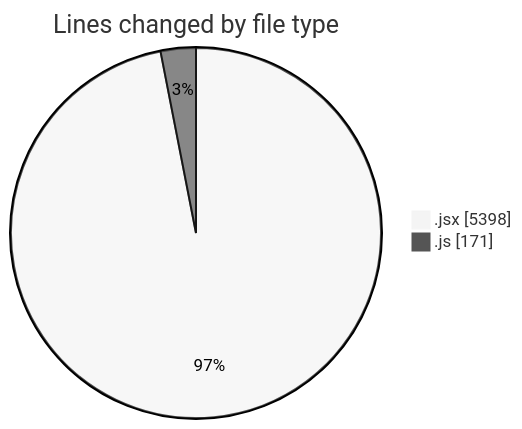
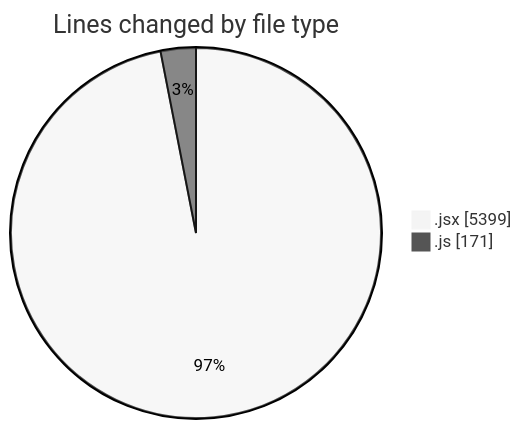
Before and after one commit to nxtqubesakshisongat/code-tracking: the first of 2 diagrams in 2025-07-09/argos/README.md, drawn with Mermaid (neutral theme). The commit also changed other lines of this file and 1 other file, not shown here.

````diff
--- a/2025-07-09/argos/README.md
+++ b/2025-07-09/argos/README.md
@@ -26,6 +26,6 @@
 ```mermaid
 pie showData
 title Lines changed by file type
-".jsx" : 5398
+".jsx" : 5399
 ".js" : 171
 ```
````
